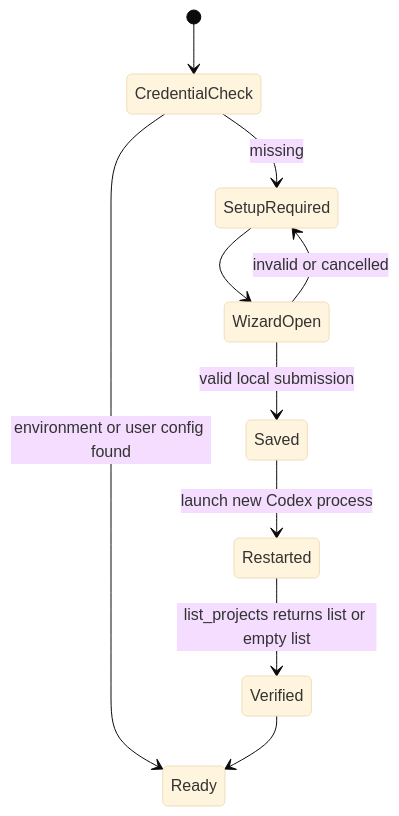
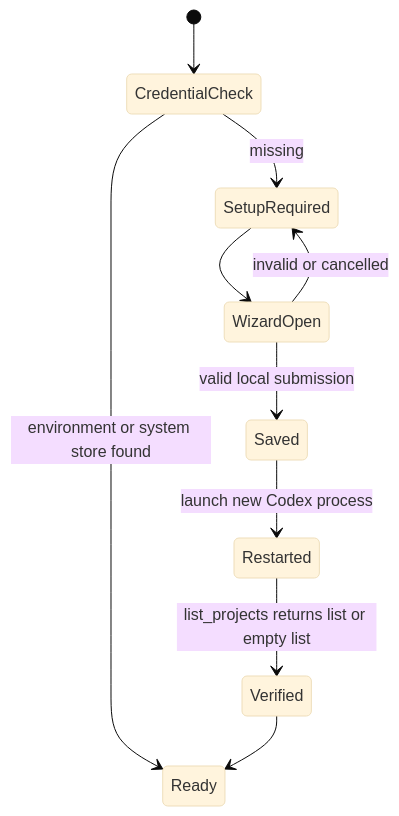
One commit to full-stack-plugins/stitch-design-plugin changed the eighth of 11 diagrams in docs/Stitch-Design-Architecture.md. Above: the diagram before and after it, drawn with Mermaid (base theme). The commit also changed other lines of this file and 9 other files, not shown here.

````diff
--- a/docs/Stitch-Design-Architecture.md
+++ b/docs/Stitch-Design-Architecture.md
@@ -171,12 +173,12 @@
 ```mermaid
 stateDiagram-v2
     [*] --> CredentialCheck
-    CredentialCheck --> Ready: environment or user config found
+    CredentialCheck --> Ready: environment or system store found
     CredentialCheck --> SetupRequired: missing
     SetupRequired --> WizardOpen
     WizardOpen --> Saved: valid local submission
     Saved --> Restarted: launch new Codex process
     Restarted --> Verified: list_projects returns list or empty list
     Verified --> Ready
     WizardOpen --> SetupRequired: invalid or cancelled
 ```
````
